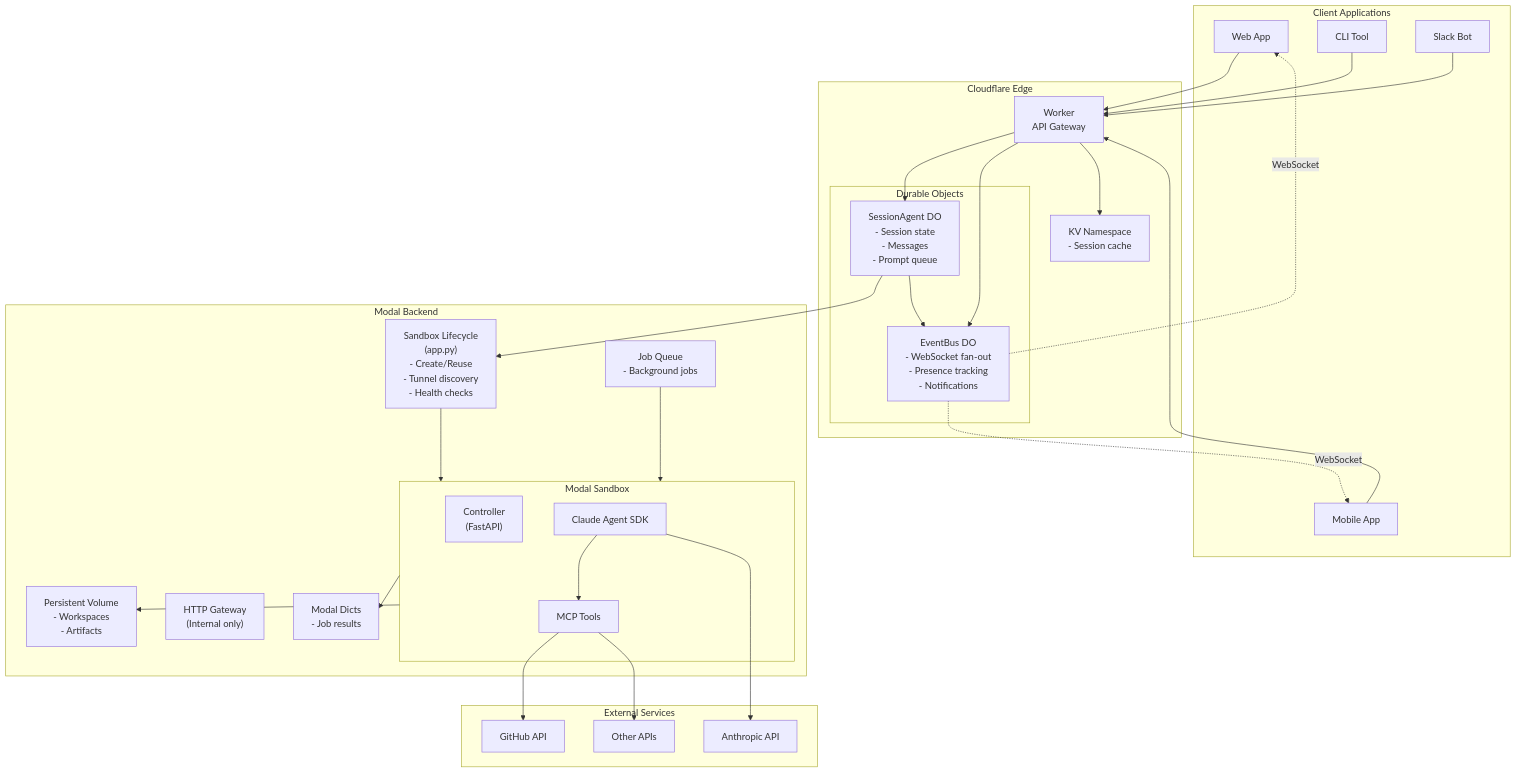
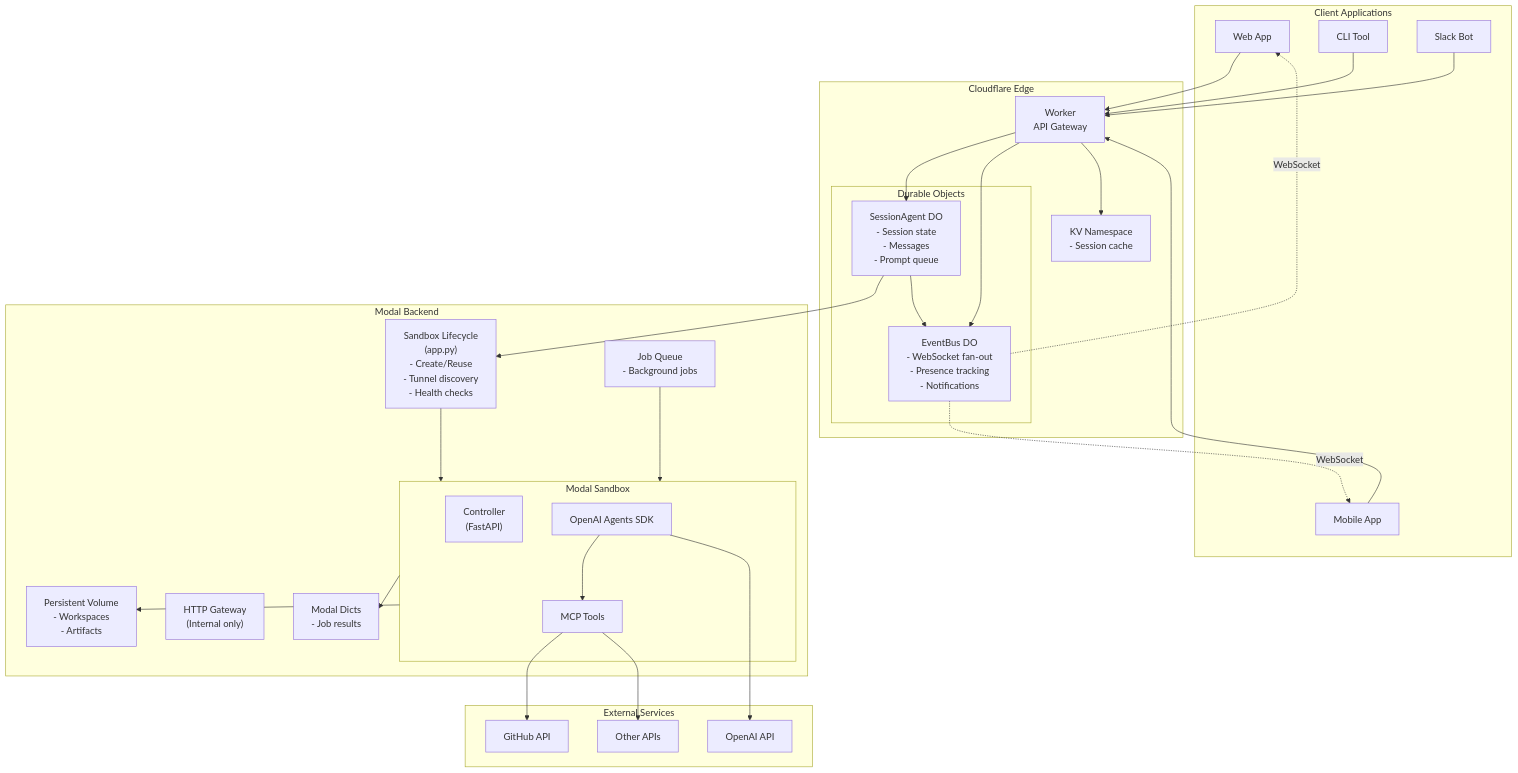
Before and after one commit to ibby-ai/rafiki: the first of 5 diagrams in docs/cloudflare-architecture.md, drawn with Mermaid. The commit also changed other lines of this file and 16 other files, not shown here.

````diff
--- a/docs/cloudflare-architecture.md
+++ b/docs/cloudflare-architecture.md
@@ -7,67 +7,67 @@
 ```mermaid
 flowchart TB
     subgraph Client["Client Applications"]
         WebApp["Web App"]
         Mobile["Mobile App"]
         CLI["CLI Tool"]
         Slack["Slack Bot"]
     end
 
     subgraph Cloudflare["Cloudflare Edge"]
         Worker["Worker<br/>API Gateway"]
 
         subgraph DurableObjects["Durable Objects"]
             SessionDO["SessionAgent DO<br/>- Session state<br/>- Messages<br/>- Prompt queue"]
             EventBusDO["EventBus DO<br/>- WebSocket fan-out<br/>- Presence tracking<br/>- Notifications"]
         end
 
         KV["KV Namespace<br/>- Session cache"]
     end
 
     subgraph Modal["Modal Backend"]
         Gateway["HTTP Gateway<br/>(Internal only)"]
 
         SandboxMgr["Sandbox Lifecycle<br/>(app.py)<br/>- Create/Reuse<br/>- Tunnel discovery<br/>- Health checks"]
 
         subgraph Sandbox["Modal Sandbox"]
             Controller["Controller<br/>(FastAPI)"]
-            AgentSDK["Claude Agent SDK"]
+            AgentSDK["OpenAI Agents SDK"]
             Tools["MCP Tools"]
         end
 
         Volume["Persistent Volume<br/>- Workspaces<br/>- Artifacts"]
         Queue["Job Queue<br/>- Background jobs"]
         Dict["Modal Dicts<br/>- Job results"]
     end
 
     subgraph External["External Services"]
-        Anthropic["Anthropic API"]
+        OpenAI["OpenAI API"]
         GitHub["GitHub API"]
         Other["Other APIs"]
     end
 
     WebApp --> Worker
     Mobile --> Worker
     CLI --> Worker
     Slack --> Worker
 
     Worker --> SessionDO
     Worker --> EventBusDO
     Worker --> KV
 
     SessionDO --> SandboxMgr
     SessionDO --> EventBusDO
 
     EventBusDO -.WebSocket.-> WebApp
     EventBusDO -.WebSocket.-> Mobile
 
     SandboxMgr --> Sandbox
     Sandbox --> Volume
     Queue --> Sandbox
     Sandbox --> Dict
 
     AgentSDK --> Tools
-    AgentSDK --> Anthropic
+    AgentSDK --> OpenAI
     Tools --> GitHub
     Tools --> Other
 ```
````
